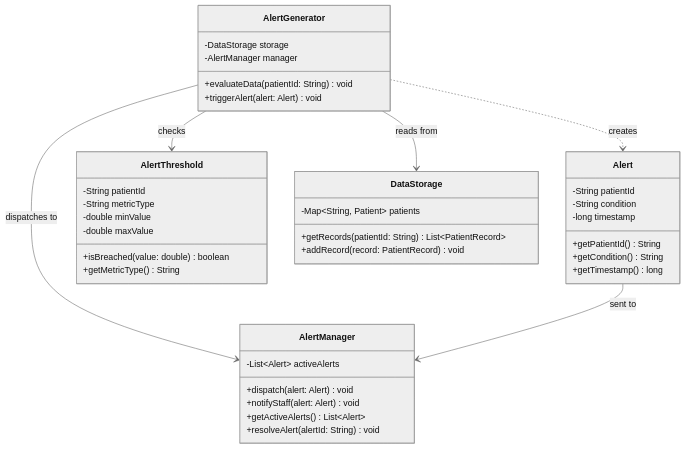
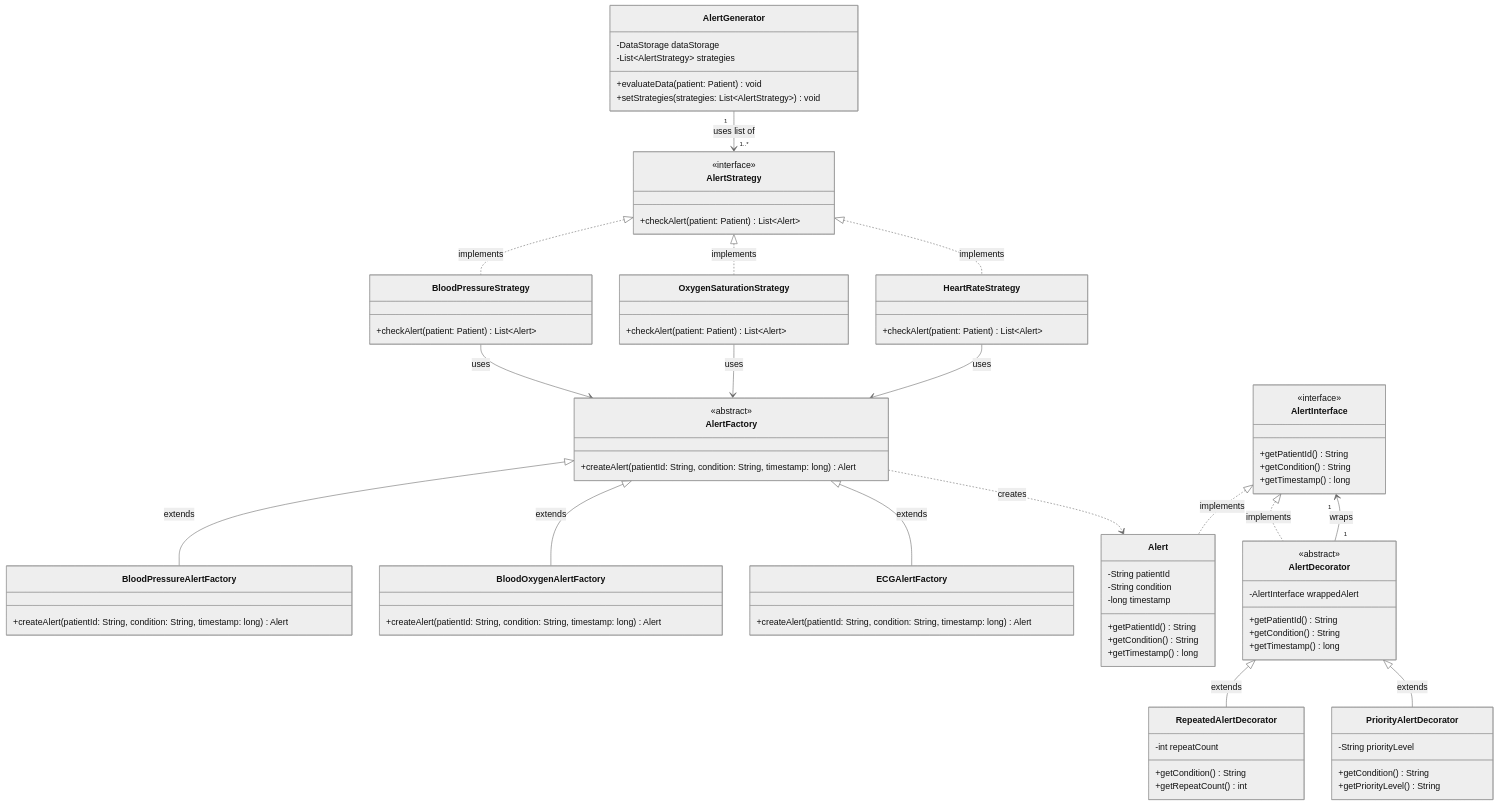
Before and after one commit to yuriboulderingGIT/Software-Enginering-Project-1: the first of 4 diagrams in uml-models/uml_models.md, drawn with Mermaid (neutral theme). The commit also changed other lines of this file and 43 other files, not shown here.

Commit message:
Final cleanup - fix singleton, Javadoc gaps, DataStorageTest expanded, JAR renamed to correct student ID, UML diagrams updated, screenshots added, updated README

````diff
--- a/uml-models/uml_models.md
+++ b/uml-models/uml_models.md
@@ -10,10 +10,51 @@
 ```mermaid
 classDiagram
     class AlertGenerator {
-        -DataStorage storage
-        -AlertManager manager
-        +evaluateData(patientId: String) void
-        +triggerAlert(alert: Alert) void
+        -DataStorage dataStorage
+        -List~AlertStrategy~ strategies
+        +evaluateData(patient: Patient) void
+        +setStrategies(strategies: List~AlertStrategy~) void
+    }
+
+    class AlertStrategy {
+        <<interface>>
+        +checkAlert(patient: Patient) List~Alert~
+    }
+
+    class BloodPressureStrategy {
+        +checkAlert(patient: Patient) List~Alert~
+    }
+
+    class OxygenSaturationStrategy {
+        +checkAlert(patient: Patient) List~Alert~
+    }
+
+    class HeartRateStrategy {
+        +checkAlert(patient: Patient) List~Alert~
+    }
+
+    class AlertFactory {
+        <<abstract>>
+        +createAlert(patientId: String, condition: String, timestamp: long) Alert
+    }
+
+    class BloodPressureAlertFactory {
+        +createAlert(patientId: String, condition: String, timestamp: long) Alert
+    }
+
+    class BloodOxygenAlertFactory {
+        +createAlert(patientId: String, condition: String, timestamp: long) Alert
+    }
+
+    class ECGAlertFactory {
+        +createAlert(patientId: String, condition: String, timestamp: long) Alert
+    }
+
+    class AlertInterface {
+        <<interface>>
+        +getPatientId() String
+        +getCondition() String
+        +getTimestamp() long
     }
 
     class Alert {
@@ -25,32 +66,40 @@
         +getTimestamp() long
     }
 
-    class AlertManager {
-        -List~Alert~ activeAlerts
-        +dispatch(alert: Alert) void
-        +notifyStaff(alert: Alert) void
-        +getActiveAlerts() List~Alert~
-        +resolveAlert(alertId: String) void
+    class AlertDecorator {
+        <<abstract>>
+        -AlertInterface wrappedAlert
+        +getPatientId() String
+        +getCondition() String
+        +getTimestamp() long
     }
 
-    class AlertThreshold {
-        -String patientId
-        -String metricType
-        -double minValue
-        -double maxValue
-        +isBreached(value: double) boolean
-        +getMetricType() String
+    class RepeatedAlertDecorator {
+        -int repeatCount
+        +getCondition() String
+        +getRepeatCount() int
     }
 
-    class DataStorage {
-        -Map~String, Patient~ patients
-        +getRecords(patientId: String) List~PatientRecord~
-        +addRecord(record: PatientRecord) void
+    class PriorityAlertDecorator {
+        -String priorityLevel
+        +getCondition() String
+        +getPriorityLevel() String
     }
 
-    AlertGenerator --> DataStorage : reads from
-    AlertGenerator --> AlertThreshold : checks
-    AlertGenerator ..> Alert : creates
-    AlertGenerator --> AlertManager : dispatches to
-    Alert --> AlertManager : sent to
+    AlertGenerator "1" --> "1..*" AlertStrategy : uses list of
+    AlertStrategy <|.. BloodPressureStrategy : implements
+    AlertStrategy <|.. OxygenSaturationStrategy : implements
+    AlertStrategy <|.. HeartRateStrategy : implements
+    BloodPressureStrategy --> AlertFactory : uses
+    OxygenSaturationStrategy --> AlertFactory : uses
+    HeartRateStrategy --> AlertFactory : uses
+    AlertFactory <|-- BloodPressureAlertFactory : extends
+    AlertFactory <|-- BloodOxygenAlertFactory : extends
+    AlertFactory <|-- ECGAlertFactory : extends
+    AlertFactory ..> Alert : creates
+    AlertInterface <|.. Alert : implements
+    AlertInterface <|.. AlertDecorator : implements
+    AlertDecorator <|-- RepeatedAlertDecorator : extends
+    AlertDecorator <|-- PriorityAlertDecorator : extends
+    AlertDecorator "1" --> "1" AlertInterface : wraps
 ```
````
